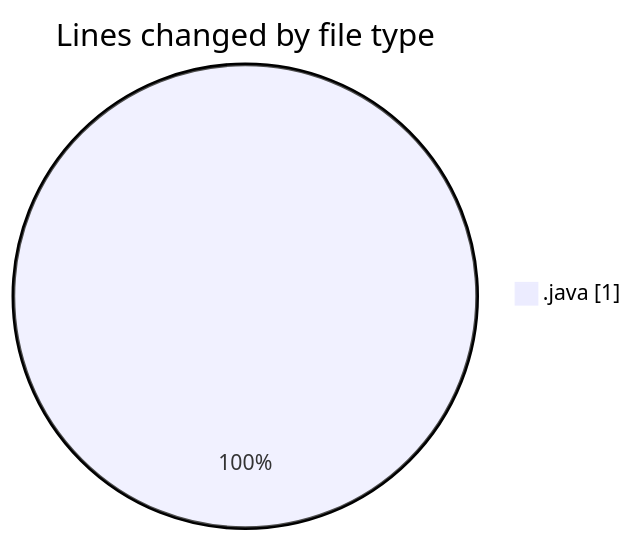
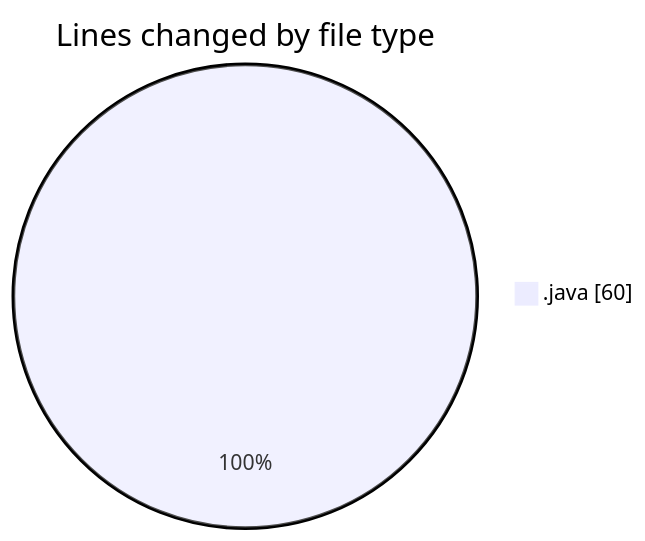
The first of 2 diagrams in 2026-10-16/cilapp/README.md (ricardozamudiocil/code-tracking), drawn with Mermaid before and after one commit. The commit also changed other lines of this file and 1 other file, not shown here.

````diff
--- a/2026-10-16/cilapp/README.md
+++ b/2026-10-16/cilapp/README.md
@@ -20,5 +21,5 @@
 ```mermaid
 pie showData
 title Lines changed by file type
-".java" : 1
+".java" : 60
 ```
````
